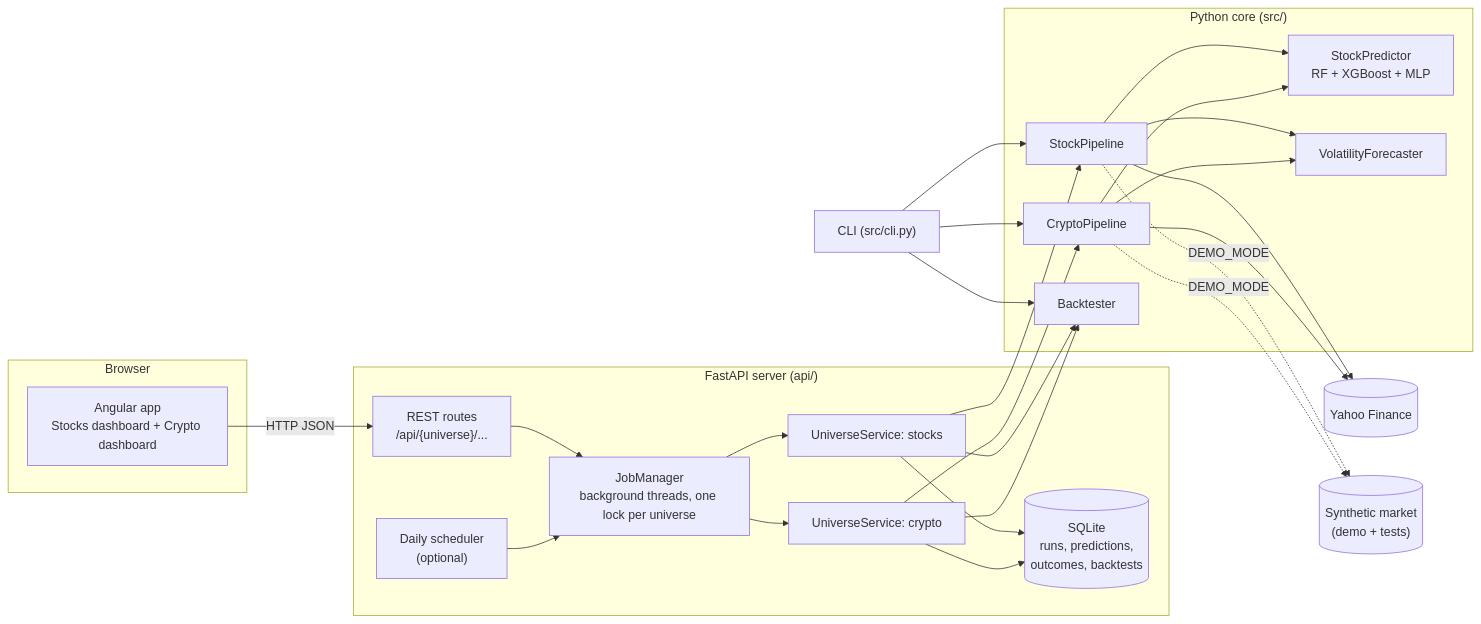
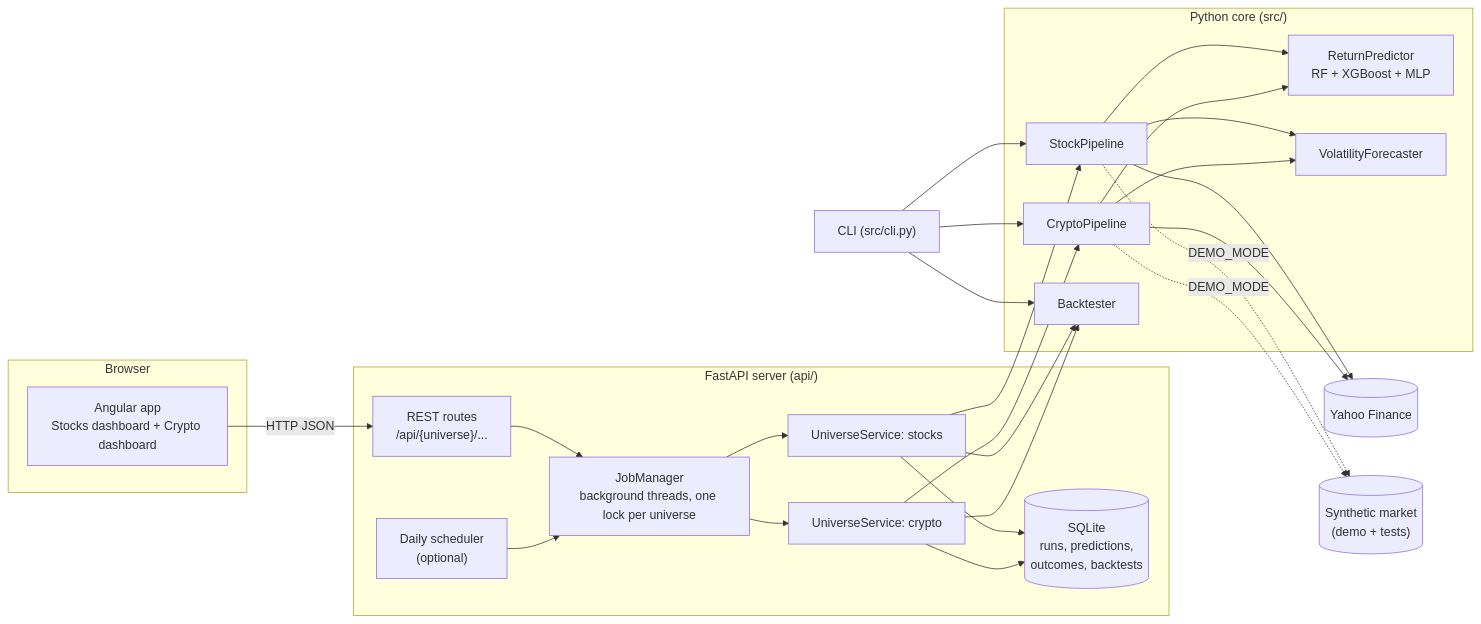
Before and after one commit to elyr/stock-market-predictor: the first of 8 diagrams in docs/ARCHITECTURE.md, drawn with Mermaid. The commit also changed other lines of this file and 40 other files, not shown here.

````diff
--- a/docs/ARCHITECTURE.md
+++ b/docs/ARCHITECTURE.md
@@ -63,40 +63,40 @@
 ```mermaid
 flowchart LR
     subgraph Browser
         UI["Angular app<br/>Stocks dashboard + Crypto dashboard"]
     end
 
     subgraph Server["FastAPI server (api/)"]
         ROUTES["REST routes<br/>/api/{universe}/..."]
         JOBS["JobManager<br/>background threads, one lock per universe"]
         SVC_S["UniverseService: stocks"]
         SVC_C["UniverseService: crypto"]
         STORE[("SQLite<br/>runs, predictions,<br/>outcomes, backtests")]
         SCHED["Daily scheduler<br/>(optional)"]
     end
 
     subgraph Core["Python core (src/)"]
         SP["StockPipeline"]
         CP["CryptoPipeline"]
         BT["Backtester"]
-        ML["StockPredictor<br/>RF + XGBoost + MLP"]
+        ML["ReturnPredictor<br/>RF + XGBoost + MLP"]
         VOL["VolatilityForecaster"]
     end
 
     CLI["CLI (src/cli.py)"]
     YF[("Yahoo Finance")]
     SYN[("Synthetic market<br/>(demo + tests)")]
 
     UI -->|HTTP JSON| ROUTES
     ROUTES --> JOBS
     JOBS --> SVC_S & SVC_C
     SCHED --> JOBS
     SVC_S --> SP
     SVC_C --> CP
     SVC_S & SVC_C --> BT
     SVC_S & SVC_C --> STORE
     SP & CP --> ML & VOL
     SP & CP --> YF
     SP & CP -.->|DEMO_MODE| SYN
     CLI --> SP & CP & BT
 ```
````
